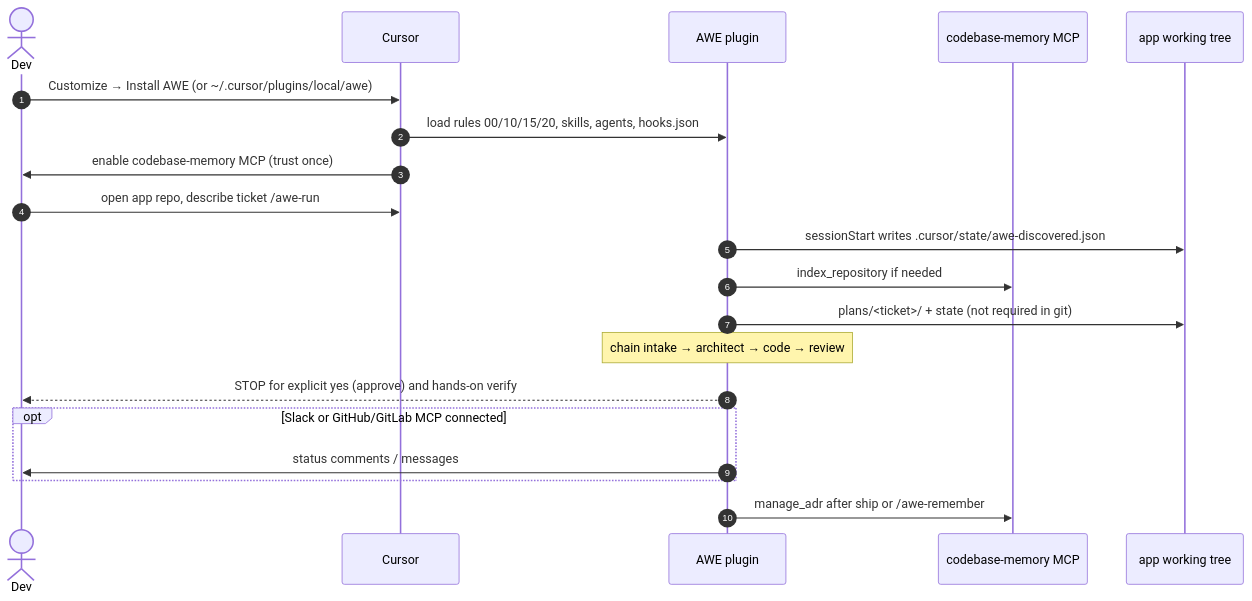
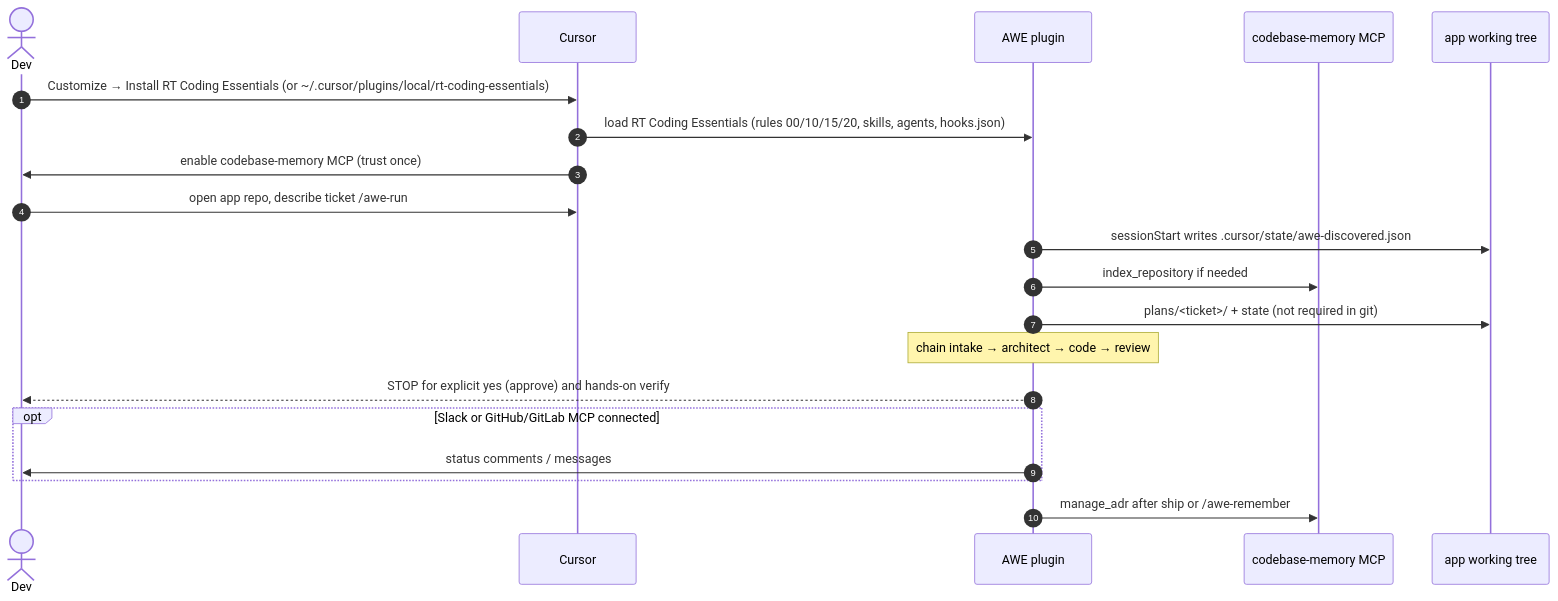
Before and after one commit to muizather/rt-coding-essentials: the fourth of 10 diagrams in docs/FLOW.md, drawn with Mermaid. The commit also changed 46 other files, not shown here.

First line of the commit message:
Rename the Cursor plugin to RT Coding Essentials.

````diff
--- a/docs/FLOW.md
+++ b/docs/FLOW.md
@@ -193,23 +193,23 @@
 ```mermaid
 sequenceDiagram
     autonumber
     actor Dev
     participant Cursor
     participant Plugin as AWE plugin
     participant Mem as codebase-memory MCP
     participant App as app working tree
 
-    Dev->>Cursor: Customize → Install AWE (or ~/.cursor/plugins/local/awe)
-    Cursor->>Plugin: load rules 00/10/15/20, skills, agents, hooks.json
+    Dev->>Cursor: Customize → Install RT Coding Essentials (or ~/.cursor/plugins/local/rt-coding-essentials)
+    Cursor->>Plugin: load RT Coding Essentials (rules 00/10/15/20, skills, agents, hooks.json)
     Cursor->>Dev: enable codebase-memory MCP (trust once)
     Dev->>Cursor: open app repo, describe ticket /awe-run
     Plugin->>App: sessionStart writes .cursor/state/awe-discovered.json
     Plugin->>Mem: index_repository if needed
     Plugin->>App: plans/<ticket>/ + state (not required in git)
     Note over Plugin: chain intake → architect → code → review
     Plugin-->>Dev: STOP for explicit yes (approve) and hands-on verify
     opt Slack or GitHub/GitLab MCP connected
         Plugin->>Dev: status comments / messages
     end
     Plugin->>Mem: manage_adr after ship or /awe-remember
 ```
````
